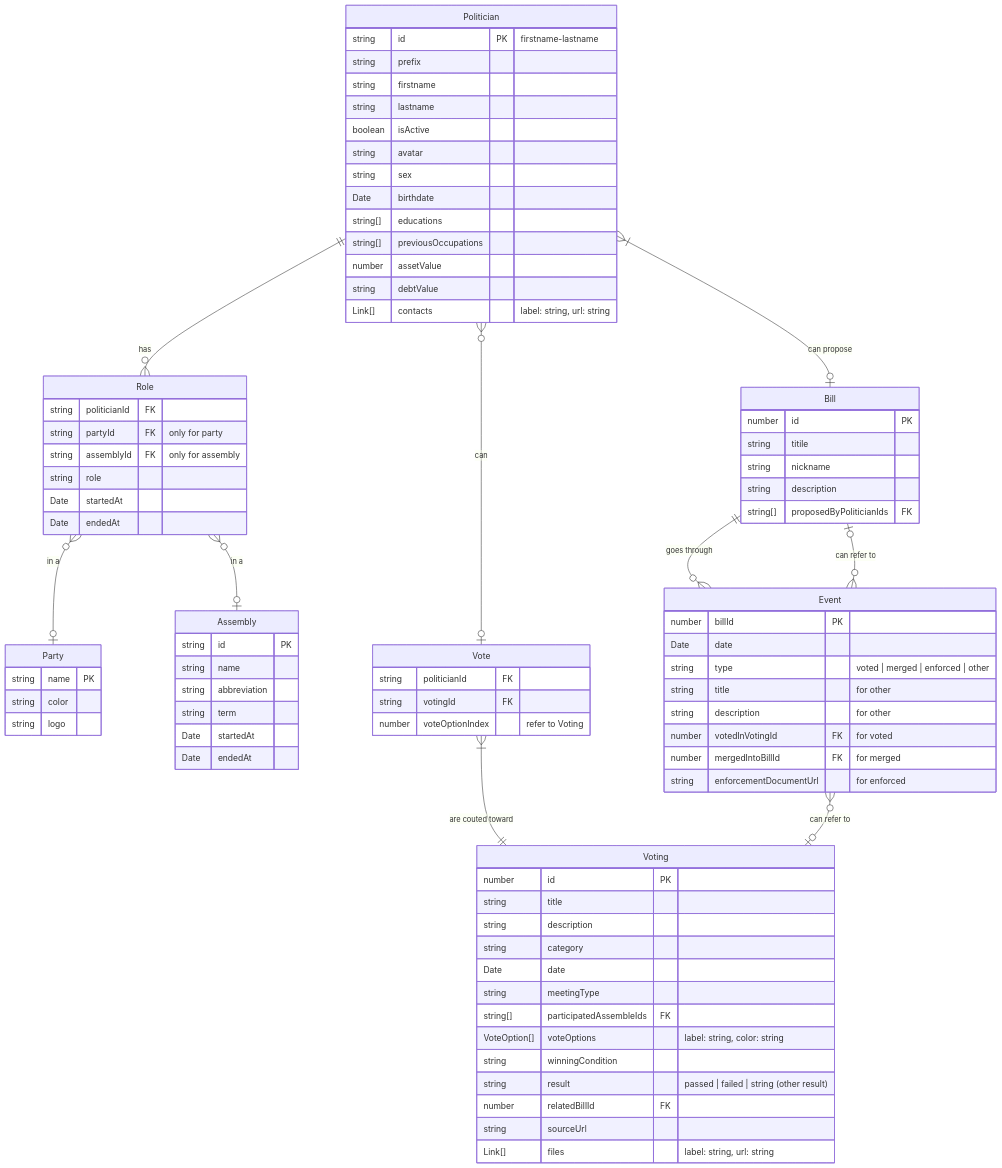
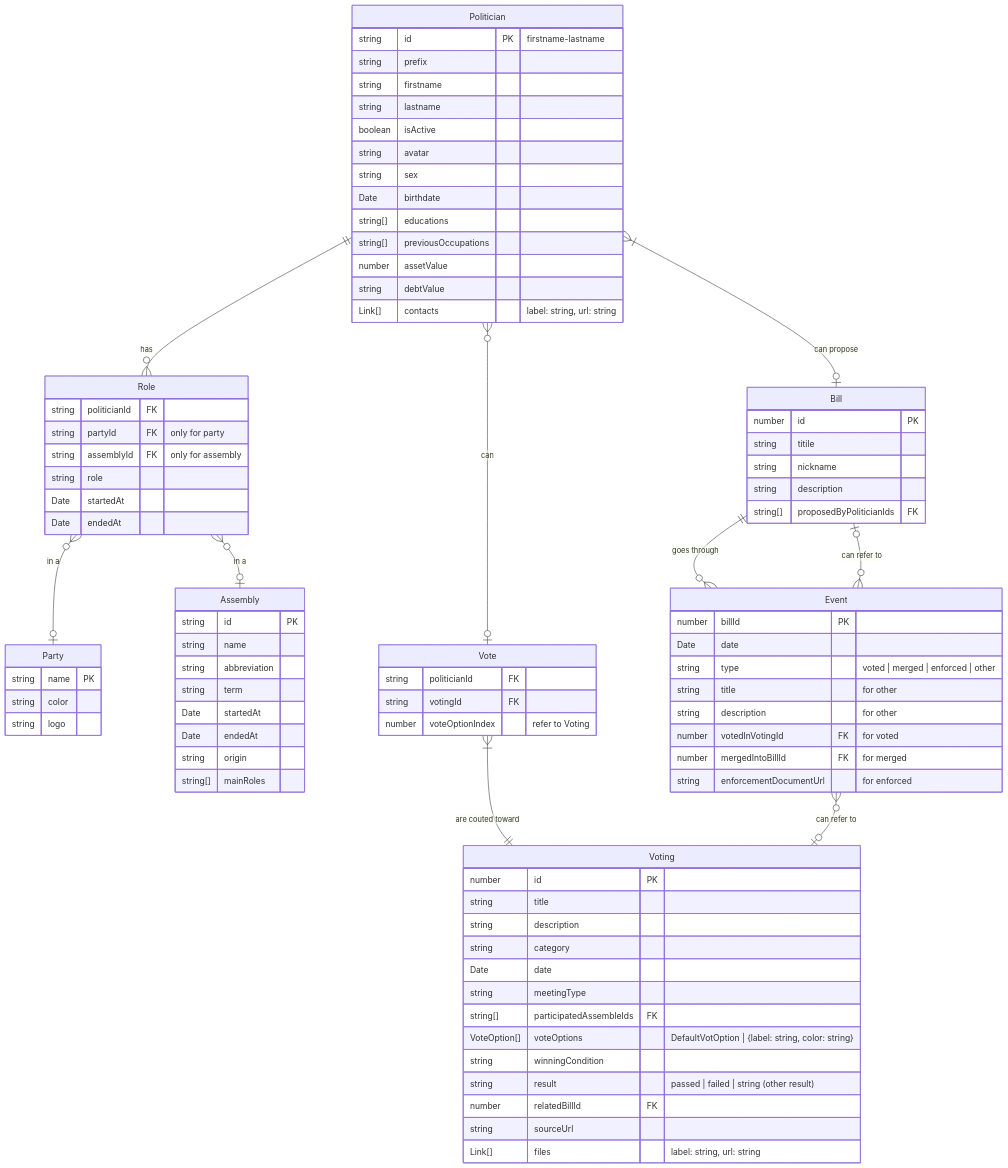
The diagram in src/models/README.md (wevisdemo/parliament-watch), drawn with Mermaid before and after one commit. The commit also changed 6 other files, not shown here.

```diff
--- a/src/models/README.md
+++ b/src/models/README.md
@@ -50,6 +50,8 @@
     string term
     Date startedAt
     Date endedAt
+    string origin
+    string[] mainRoles
   }
 
   Bill {
@@ -68,7 +70,7 @@
     Date date
     string meetingType
     string[] participatedAssembleIds FK
-    VoteOption[] voteOptions "label: string, color: string"
+    VoteOption[] voteOptions "DefaultVotOption | {label: string, color: string}"
     string winningCondition
     string result "passed | failed | string (other result)"
     number relatedBillId FK
```
